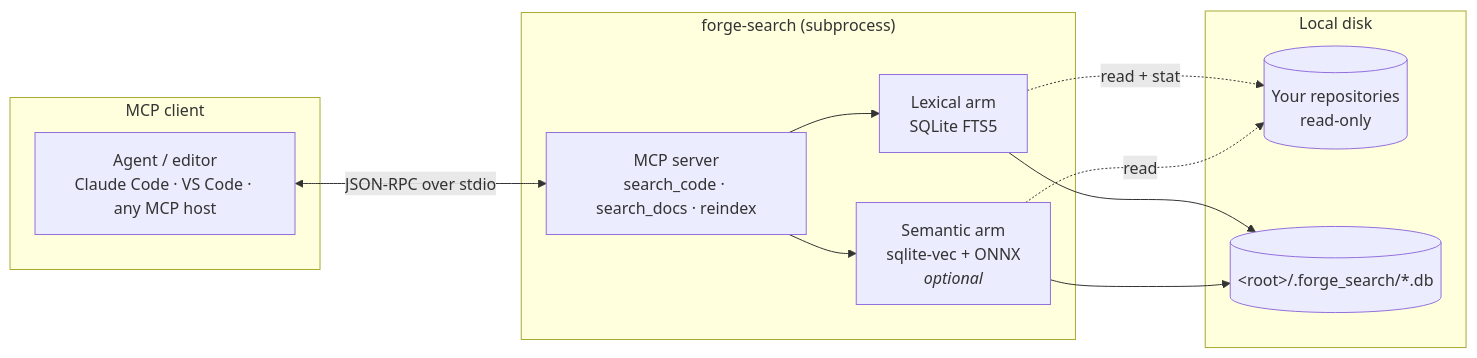
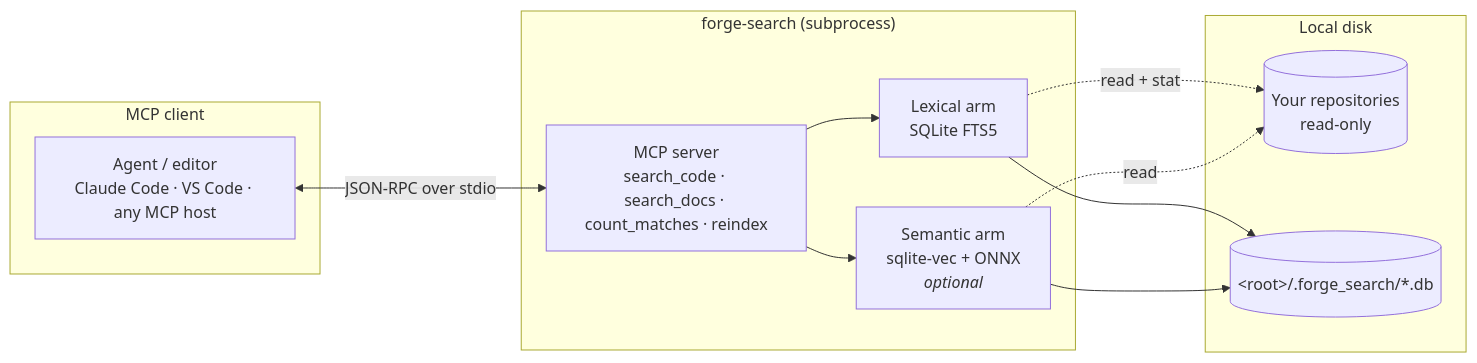
Before and after one commit to mohamed-rekiba/forge-search: the first of 3 diagrams in docs/architecture.md, drawn with Mermaid. The commit also changed other lines of this file and 11 other files, not shown here.

First line of the commit message:
feat: count_matches — complete enumeration, priced in paths (#57)

````diff
--- a/docs/architecture.md
+++ b/docs/architecture.md
@@ -10,25 +10,25 @@
 ```mermaid
 flowchart LR
     subgraph client["MCP client"]
         agent["Agent / editor<br/>Claude Code · VS Code · any MCP host"]
     end
 
     subgraph proc["forge-search (subprocess)"]
-        server["MCP server<br/>search_code · search_docs · reindex"]
+        server["MCP server<br/>search_code · search_docs · count_matches · reindex"]
         lex["Lexical arm<br/>SQLite FTS5"]
         sem["Semantic arm<br/>sqlite-vec + ONNX<br/><i>optional</i>"]
         server --> lex
         server --> sem
     end
 
     subgraph disk["Local disk"]
         repos[("Your repositories<br/>read-only")]
         idx[("&lt;root&gt;/.forge_search/*.db")]
     end
 
     agent <-->|"JSON-RPC over stdio"| server
     lex --> idx
     sem --> idx
     lex -.->|"read + stat"| repos
     sem -.->|"read"| repos
 ```
````
